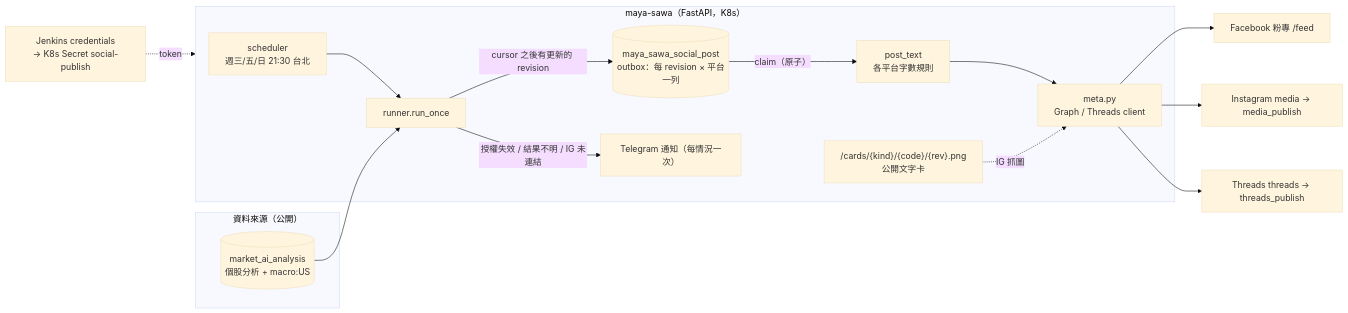
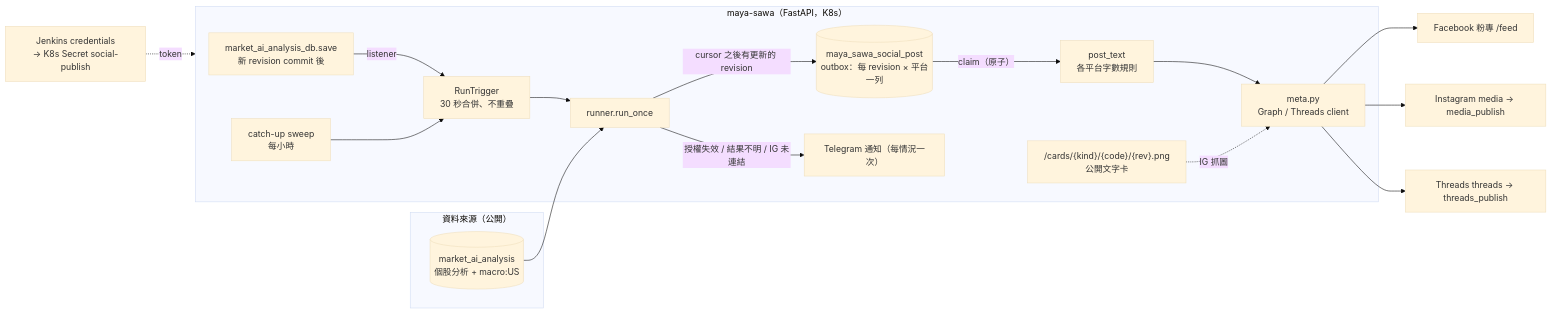
One commit to Vinskao/maya-sawa changed the first of 2 diagrams in docs/SOCIAL_PUBLISHING.md. Above: the diagram before and after it, drawn with Mermaid (base theme). The commit also changed other lines of this file and 3 other files, not shown here.

````diff
--- a/docs/SOCIAL_PUBLISHING.md
+++ b/docs/SOCIAL_PUBLISHING.md
@@ -89,19 +95,21 @@
 ```mermaid
 flowchart LR
     subgraph Source["資料來源（公開）"]
         A[("market_ai_analysis<br/>個股分析 + macro:US")]
     end
     subgraph Maya["maya-sawa（FastAPI，K8s）"]
-        S["scheduler<br/>週三/五/日 21:30 台北"] --> R["runner.run_once"]
+        W["market_ai_analysis_db.save<br/>新 revision commit 後"] -->|"listener"| G["RunTrigger<br/>30 秒合併、不重疊"]
+        S["catch-up sweep<br/>每小時"] --> G
+        G --> R["runner.run_once"]
         R -->|"cursor 之後有更新的 revision"| O[("maya_sawa_social_post<br/>outbox：每 revision × 平台一列")]
         O -->|"claim（原子）"| P["post_text<br/>各平台字數規則"]
         P --> M["meta.py<br/>Graph / Threads client"]
         C["/cards/{kind}/{code}/{rev}.png<br/>公開文字卡"] -.IG 抓圖.-> M
         R -->|"授權失效 / 結果不明 / IG 未連結"| T["Telegram 通知（每情況一次）"]
     end
     A --> R
     M --> FB["Facebook 粉專 /feed"]
     M --> IG["Instagram media → media_publish"]
     M --> TH["Threads threads → threads_publish"]
     J["Jenkins credentials<br/>→ K8s Secret social-publish"] -.token.-> Maya
 ```
````
